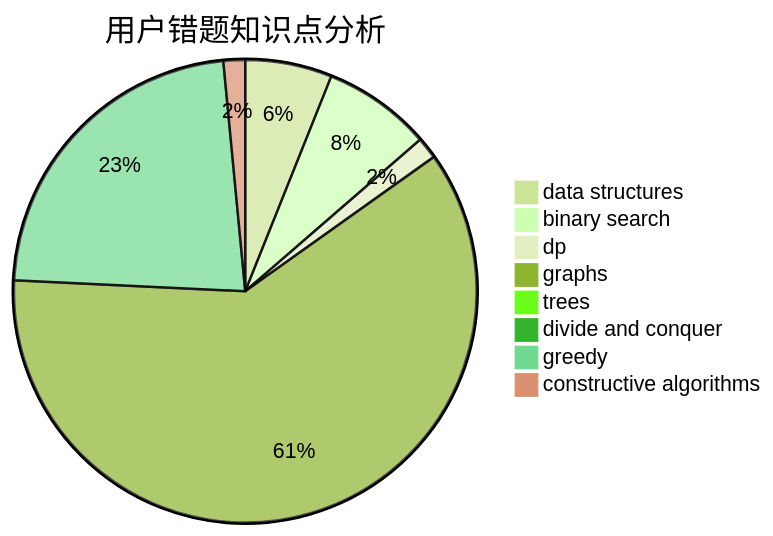
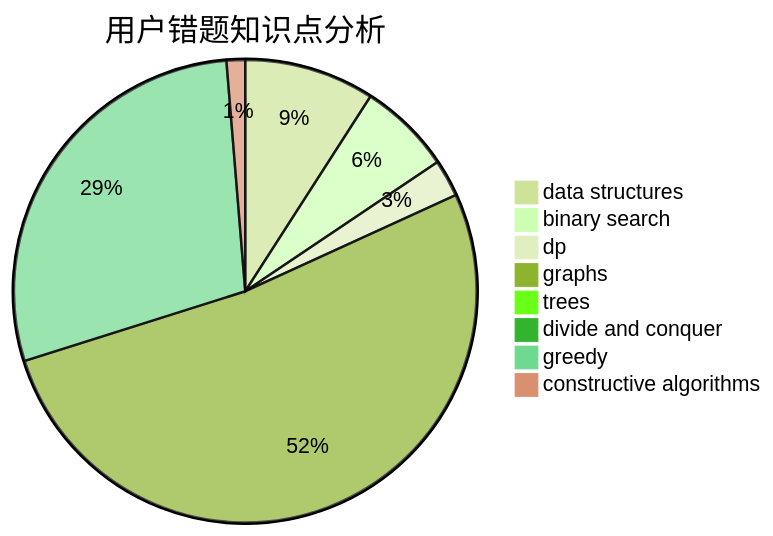
The third of 3 diagrams in docs/user/u1367.md (sherpahu/cfrs.github.io), drawn with Mermaid (forest theme) before and after one commit. The commit also changed other lines of this file and 2770 other files, not shown here.

````diff
--- a/docs/user/u1367.md
+++ b/docs/user/u1367.md
@@ -36,11 +36,11 @@
 ```mermaid
 pie title 用户错题知识点分析
-    "data structures" :  4
+    "data structures" :  7
     "binary search" :  5
-    "dp" :  1
+    "dp" :  2
     "graphs" :  40
     "trees" :  0
     "divide and conquer" :  0
-    "greedy" :  15
+    "greedy" :  22
     "constructive algorithms" :  1
 ```
````
